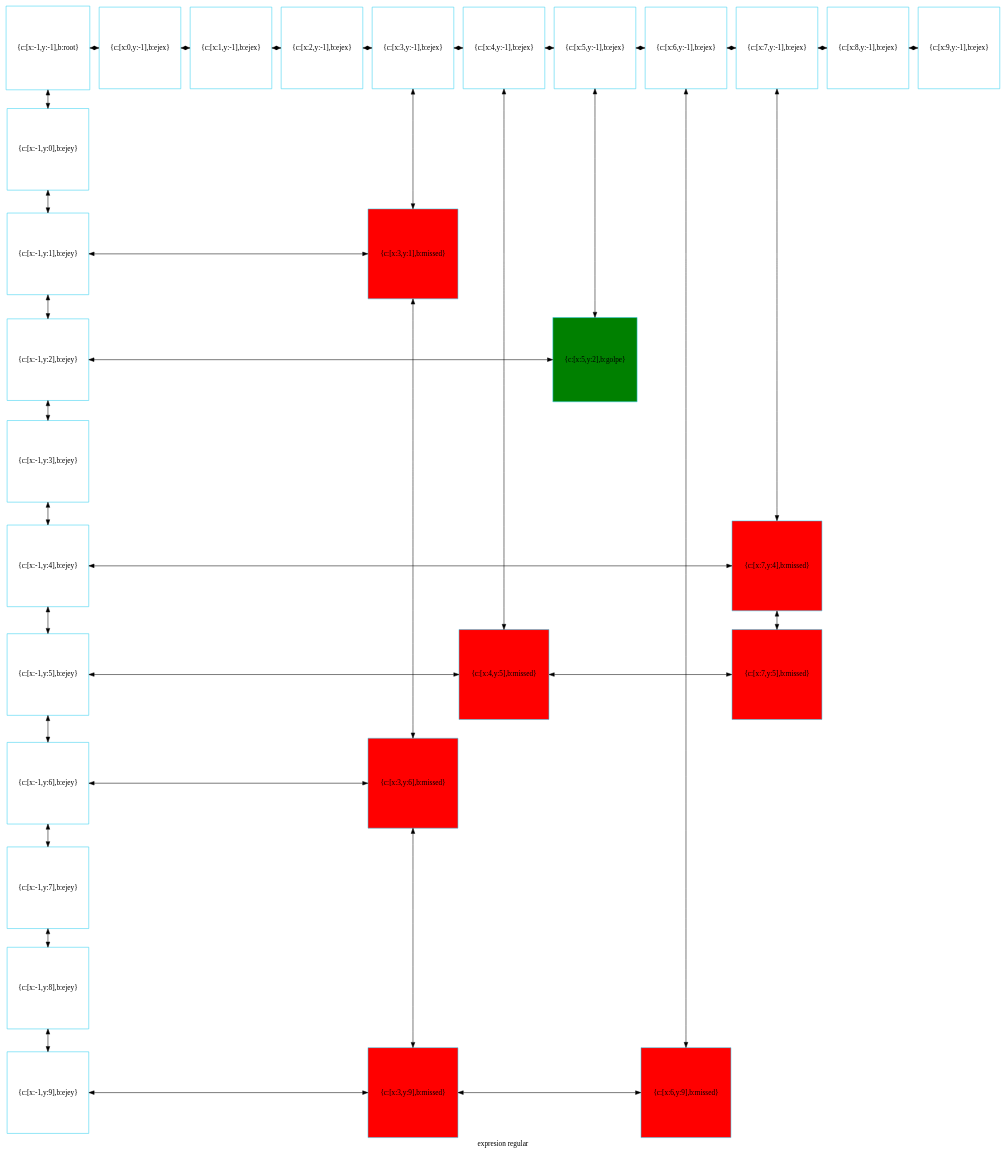
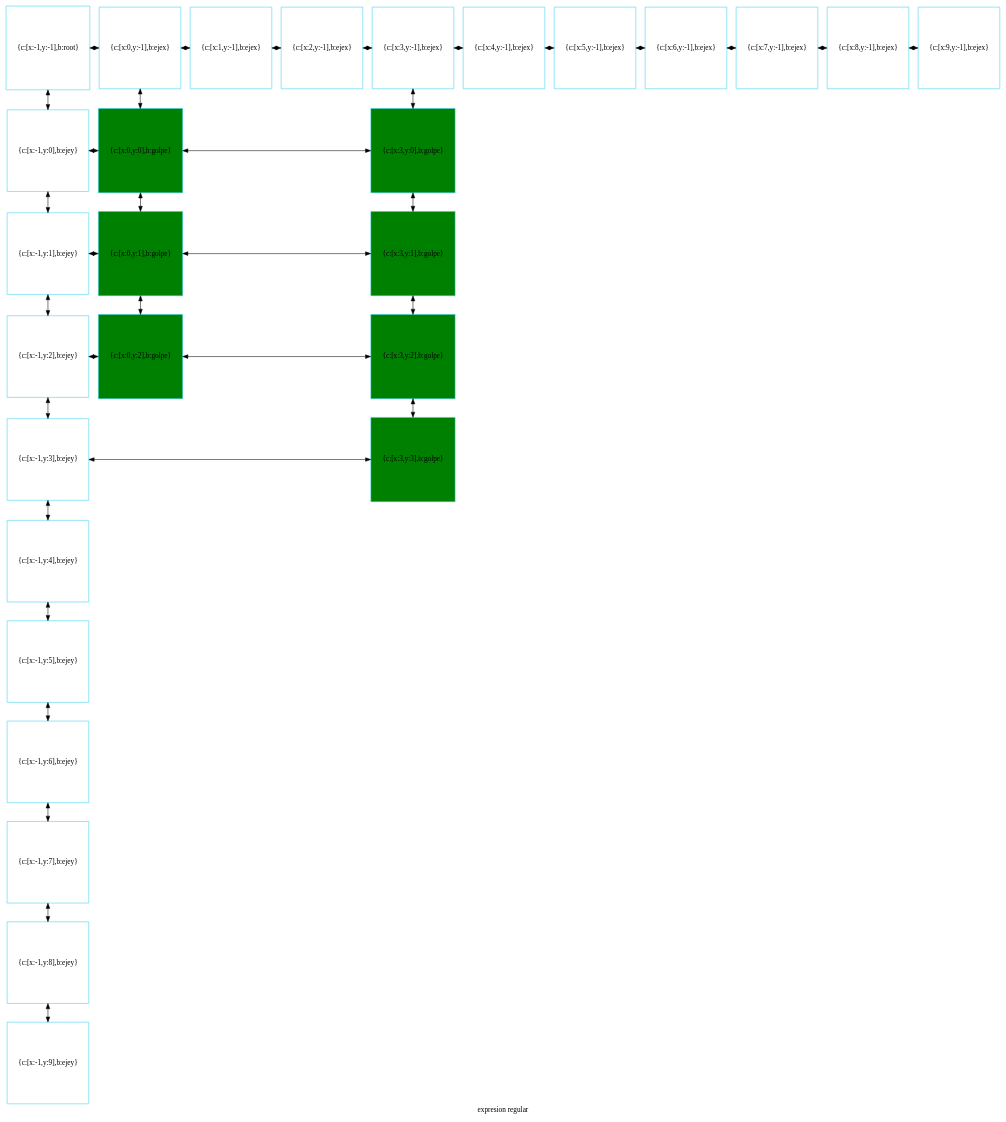
One commit to betebetoven/EDDS2F2 changed the diagram in disp_compu.dot. Above: the diagram before and after it, drawn with Graphviz. The commit also changed 10 other files, not shown here.

```diff
--- a/disp_compu.dot
+++ b/disp_compu.dot
@@ -1,85 +1,82 @@
 digraph G
 {label="expresion regular"
         node[shape = square]
         node[style = filled]
         node[fillcolor = "#EEEEE"]
         node[color = "#EEEEE"]
         node[color = "#31CEF0"]
 
-500380253296[label="{c:[x:-1,y:-1],b:root}",fillcolor = "white"]
-500380253440[label="{c:[x:0,y:-1],b:ejex}",fillcolor = "white"]
-500380253584[label="{c:[x:1,y:-1],b:ejex}",fillcolor = "white"]
-500380253728[label="{c:[x:2,y:-1],b:ejex}",fillcolor = "white"]
-500380253872[label="{c:[x:3,y:-1],b:ejex}",fillcolor = "white"]
-500380254016[label="{c:[x:4,y:-1],b:ejex}",fillcolor = "white"]
-500380254160[label="{c:[x:5,y:-1],b:ejex}",fillcolor = "white"]
-500380258464[label="{c:[x:6,y:-1],b:ejex}",fillcolor = "white"]
-500380258608[label="{c:[x:7,y:-1],b:ejex}",fillcolor = "white"]
-500380258752[label="{c:[x:8,y:-1],b:ejex}",fillcolor = "white"]
-500380258896[label="{c:[x:9,y:-1],b:ejex}",fillcolor = "white"]
-500380259040[label="{c:[x:-1,y:0],b:ejey}",fillcolor = "white"]
-500380259184[label="{c:[x:-1,y:1],b:ejey}",fillcolor = "white"]
-500380393776[label="{c:[x:3,y:1],b:missed}",fillcolor = "red"]
-500380259328[label="{c:[x:-1,y:2],b:ejey}",fillcolor = "white"]
-500380272576[label="{c:[x:5,y:2],b:golpe}",fillcolor = "green"]
-500380259472[label="{c:[x:-1,y:3],b:ejey}",fillcolor = "white"]
-500380259616[label="{c:[x:-1,y:4],b:ejey}",fillcolor = "white"]
-500380376656[label="{c:[x:7,y:4],b:missed}",fillcolor = "red"]
-500380259760[label="{c:[x:-1,y:5],b:ejey}",fillcolor = "white"]
-500380394208[label="{c:[x:4,y:5],b:missed}",fillcolor = "red"]
-500380394064[label="{c:[x:7,y:5],b:missed}",fillcolor = "red"]
-500380259904[label="{c:[x:-1,y:6],b:ejey}",fillcolor = "white"]
-500380376896[label="{c:[x:3,y:6],b:missed}",fillcolor = "red"]
-500380260048[label="{c:[x:-1,y:7],b:ejey}",fillcolor = "white"]
-500380260192[label="{c:[x:-1,y:8],b:ejey}",fillcolor = "white"]
-500380260336[label="{c:[x:-1,y:9],b:ejey}",fillcolor = "white"]
-500380377040[label="{c:[x:3,y:9],b:missed}",fillcolor = "red"]
-500380376416[label="{c:[x:6,y:9],b:missed}",fillcolor = "red"]
-500380253296->500380259040[dir = both];
-500380259040->500380259184[dir = both];
-500380259184->500380259328[dir = both];
-500380259328->500380259472[dir = both];
-500380259472->500380259616[dir = both];
-500380259616->500380259760[dir = both];
-500380259760->500380259904[dir = both];
-500380259904->500380260048[dir = both];
-500380260048->500380260192[dir = both];
-500380260192->500380260336[dir = both];
-500380253872->500380393776[dir = both];
-500380393776->500380376896[dir = both];
-500380376896->500380377040[dir = both];
-500380254016->500380394208[dir = both];
-500380254160->500380272576[dir = both];
-500380258464->500380376416[dir = both];
-500380258608->500380376656[dir = both];
-500380376656->500380394064[dir = both];
-500380253296->500380253440[dir = both];
-500380253440->500380253584[dir = both];
-500380253584->500380253728[dir = both];
-500380253728->500380253872[dir = both];
-500380253872->500380254016[dir = both];
-500380254016->500380254160[dir = both];
-500380254160->500380258464[dir = both];
-500380258464->500380258608[dir = both];
-500380258608->500380258752[dir = both];
-500380258752->500380258896[dir = both];
-500380259184->500380393776[constraint=false,dir = both];
-500380259328->500380272576[constraint=false,dir = both];
-500380259616->500380376656[constraint=false,dir = both];
-500380259760->500380394208[constraint=false,dir = both];
-500380394208->500380394064[constraint=false,dir = both];
-500380259904->500380376896[constraint=false,dir = both];
-500380260336->500380377040[constraint=false,dir = both];
-500380377040->500380376416[constraint=false,dir = both];
- {rank=same; 500380253296;500380253440;500380253584;500380253728;500380253872;500380254016;500380254160;500380258464;500380258608;500380258752;500380258896;}
- {rank=same; 500380259040;}
- {rank=same; 500380259184;500380393776;}
- {rank=same; 500380259328;500380272576;}
- {rank=same; 500380259472;}
- {rank=same; 500380259616;500380376656;}
- {rank=same; 500380259760;500380394208;500380394064;}
- {rank=same; 500380259904;500380376896;}
- {rank=same; 500380260048;}
- {rank=same; 500380260192;}
- {rank=same; 500380260336;500380377040;500380376416;}
+583535736240[label="{c:[x:-1,y:-1],b:root}",fillcolor = "white"]
+583535736384[label="{c:[x:0,y:-1],b:ejex}",fillcolor = "white"]
+583535736528[label="{c:[x:1,y:-1],b:ejex}",fillcolor = "white"]
+583535736672[label="{c:[x:2,y:-1],b:ejex}",fillcolor = "white"]
+583535736816[label="{c:[x:3,y:-1],b:ejex}",fillcolor = "white"]
+583535736960[label="{c:[x:4,y:-1],b:ejex}",fillcolor = "white"]
+583535737104[label="{c:[x:5,y:-1],b:ejex}",fillcolor = "white"]
+583535737248[label="{c:[x:6,y:-1],b:ejex}",fillcolor = "white"]
+583535737392[label="{c:[x:7,y:-1],b:ejex}",fillcolor = "white"]
+583535737536[label="{c:[x:8,y:-1],b:ejex}",fillcolor = "white"]
+583535737680[label="{c:[x:9,y:-1],b:ejex}",fillcolor = "white"]
+583535737824[label="{c:[x:-1,y:0],b:ejey}",fillcolor = "white"]
+583535764000[label="{c:[x:0,y:0],b:golpe}",fillcolor = "green"]
+583535754784[label="{c:[x:3,y:0],b:golpe}",fillcolor = "green"]
+583535737968[label="{c:[x:-1,y:1],b:ejey}",fillcolor = "white"]
+583535764960[label="{c:[x:0,y:1],b:golpe}",fillcolor = "green"]
+583535755024[label="{c:[x:3,y:1],b:golpe}",fillcolor = "green"]
+583535738112[label="{c:[x:-1,y:2],b:ejey}",fillcolor = "white"]
+583535765200[label="{c:[x:0,y:2],b:golpe}",fillcolor = "green"]
+583535763520[label="{c:[x:3,y:2],b:golpe}",fillcolor = "green"]
+583535738256[label="{c:[x:-1,y:3],b:ejey}",fillcolor = "white"]
+583535763760[label="{c:[x:3,y:3],b:golpe}",fillcolor = "green"]
+583535738400[label="{c:[x:-1,y:4],b:ejey}",fillcolor = "white"]
+583535738544[label="{c:[x:-1,y:5],b:ejey}",fillcolor = "white"]
+583535738688[label="{c:[x:-1,y:6],b:ejey}",fillcolor = "white"]
+583535738832[label="{c:[x:-1,y:7],b:ejey}",fillcolor = "white"]
+583535751328[label="{c:[x:-1,y:8],b:ejey}",fillcolor = "white"]
+583535751472[label="{c:[x:-1,y:9],b:ejey}",fillcolor = "white"]
+583535736240->583535737824[dir = both];
+583535737824->583535737968[dir = both];
+583535737968->583535738112[dir = both];
+583535738112->583535738256[dir = both];
+583535738256->583535738400[dir = both];
+583535738400->583535738544[dir = both];
+583535738544->583535738688[dir = both];
+583535738688->583535738832[dir = both];
+583535738832->583535751328[dir = both];
+583535751328->583535751472[dir = both];
+583535736384->583535764000[dir = both];
+583535764000->583535764960[dir = both];
+583535764960->583535765200[dir = both];
+583535736816->583535754784[dir = both];
+583535754784->583535755024[dir = both];
+583535755024->583535763520[dir = both];
+583535763520->583535763760[dir = both];
+583535736240->583535736384[dir = both];
+583535736384->583535736528[dir = both];
+583535736528->583535736672[dir = both];
+583535736672->583535736816[dir = both];
+583535736816->583535736960[dir = both];
+583535736960->583535737104[dir = both];
+583535737104->583535737248[dir = both];
+583535737248->583535737392[dir = both];
+583535737392->583535737536[dir = both];
+583535737536->583535737680[dir = both];
+583535737824->583535764000[constraint=false,dir = both];
+583535764000->583535754784[constraint=false,dir = both];
+583535737968->583535764960[constraint=false,dir = both];
+583535764960->583535755024[constraint=false,dir = both];
+583535738112->583535765200[constraint=false,dir = both];
+583535765200->583535763520[constraint=false,dir = both];
+583535738256->583535763760[constraint=false,dir = both];
+ {rank=same; 583535736240;583535736384;583535736528;583535736672;583535736816;583535736960;583535737104;583535737248;583535737392;583535737536;583535737680;}
+ {rank=same; 583535737824;583535764000;583535754784;}
+ {rank=same; 583535737968;583535764960;583535755024;}
+ {rank=same; 583535738112;583535765200;583535763520;}
+ {rank=same; 583535738256;583535763760;}
+ {rank=same; 583535738400;}
+ {rank=same; 583535738544;}
+ {rank=same; 583535738688;}
+ {rank=same; 583535738832;}
+ {rank=same; 583535751328;}
+ {rank=same; 583535751472;}
 }
```
